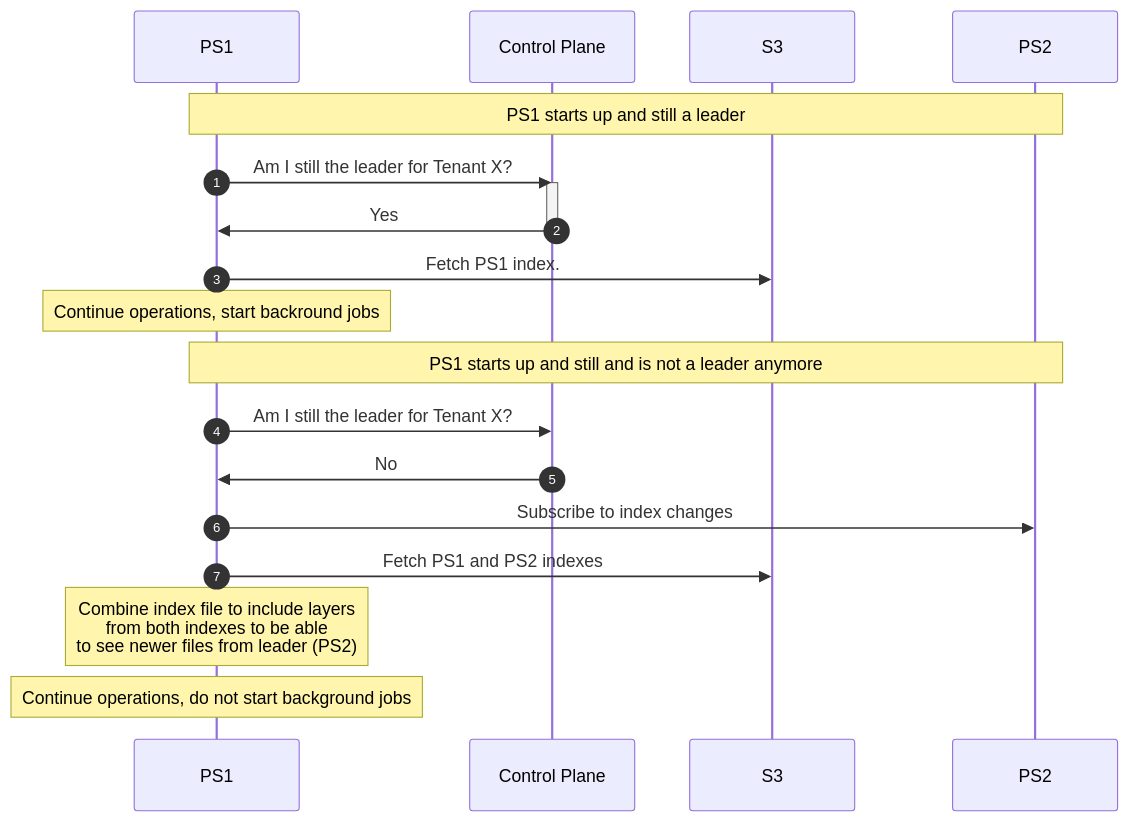
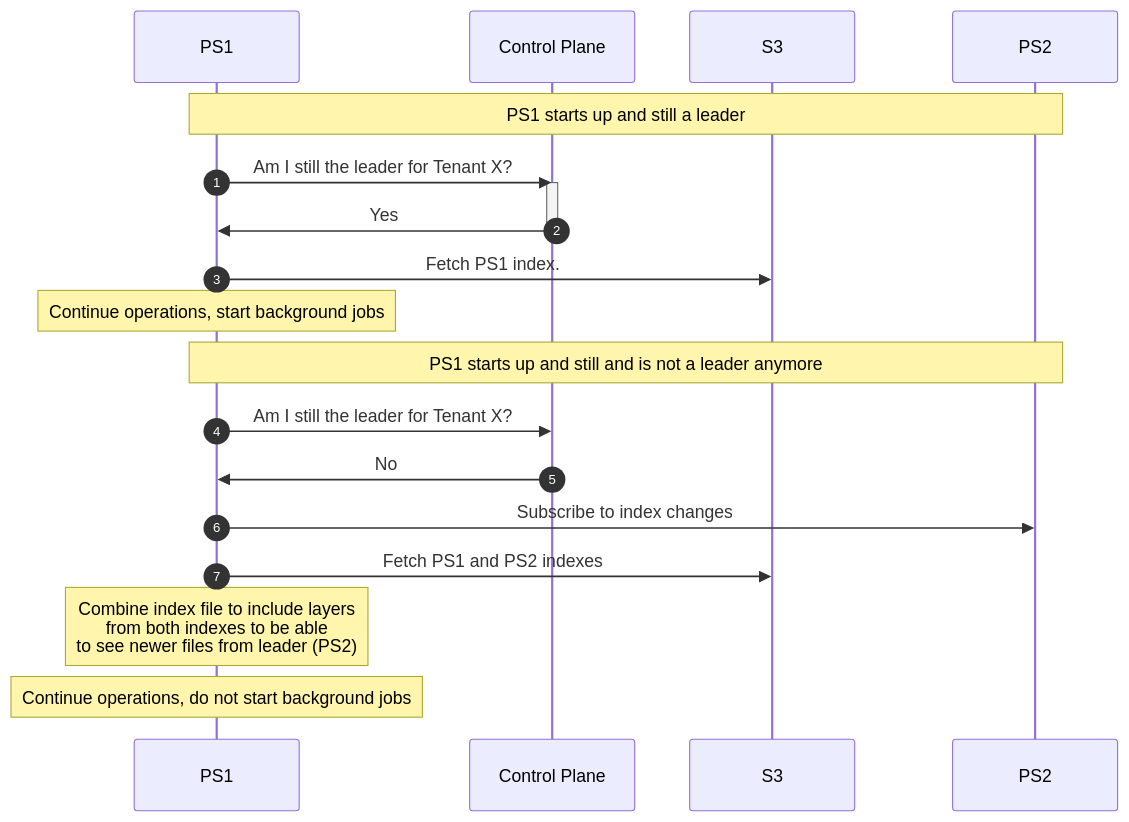
One commit to neondatabase/neon changed the second of 3 diagrams in docs/rfcs/020-pageserver-s3-coordination.md. Above: the diagram before and after it, drawn with Mermaid. The commit also changed other lines of this file and 11 other files, not shown here.

````diff
--- a/docs/rfcs/020-pageserver-s3-coordination.md
+++ b/docs/rfcs/020-pageserver-s3-coordination.md
@@ -153,23 +153,23 @@
 ```mermaid
 sequenceDiagram
     autonumber
     participant PS1
     participant CP as Control Plane
     participant S3
     participant PS2
 
     note over PS1,PS2: PS1 starts up and still a leader
     PS1->>CP: Am I still the leader for Tenant X?
     activate CP
     CP->>PS1: Yes
     deactivate CP
     PS1->>S3: Fetch PS1 index.
-    note over PS1: Continue operations, start backround jobs
+    note over PS1: Continue operations, start background jobs
     note over PS1,PS2: PS1 starts up and still and is not a leader anymore
     PS1->>CP: Am I still the leader for Tenant X?
     CP->>PS1: No
     PS1->>PS2: Subscribe to index changes
     PS1->>S3: Fetch PS1 and PS2 indexes
     note over PS1: Combine index file to include layers <br> from both indexes to be able <br> to see newer files from leader (PS2)
     note over PS1: Continue operations, do not start background jobs
 ```
````
